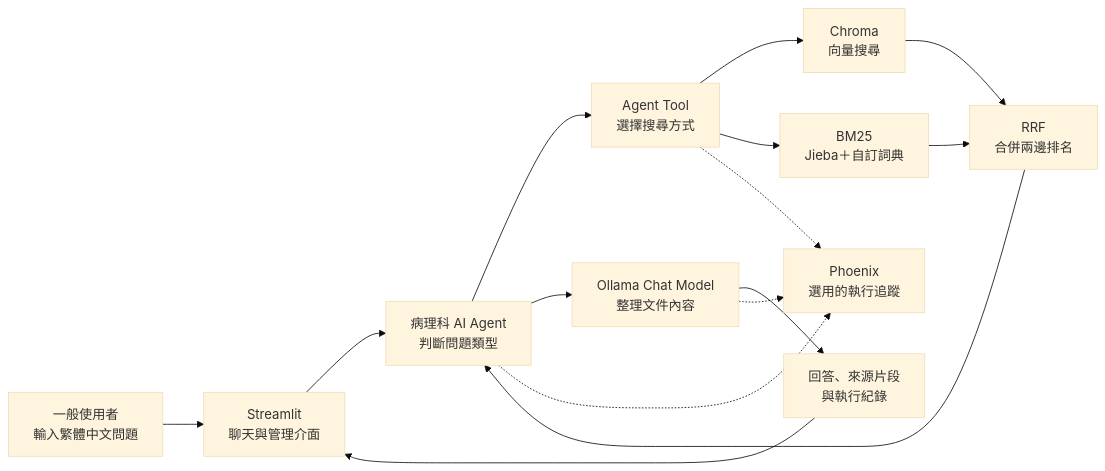
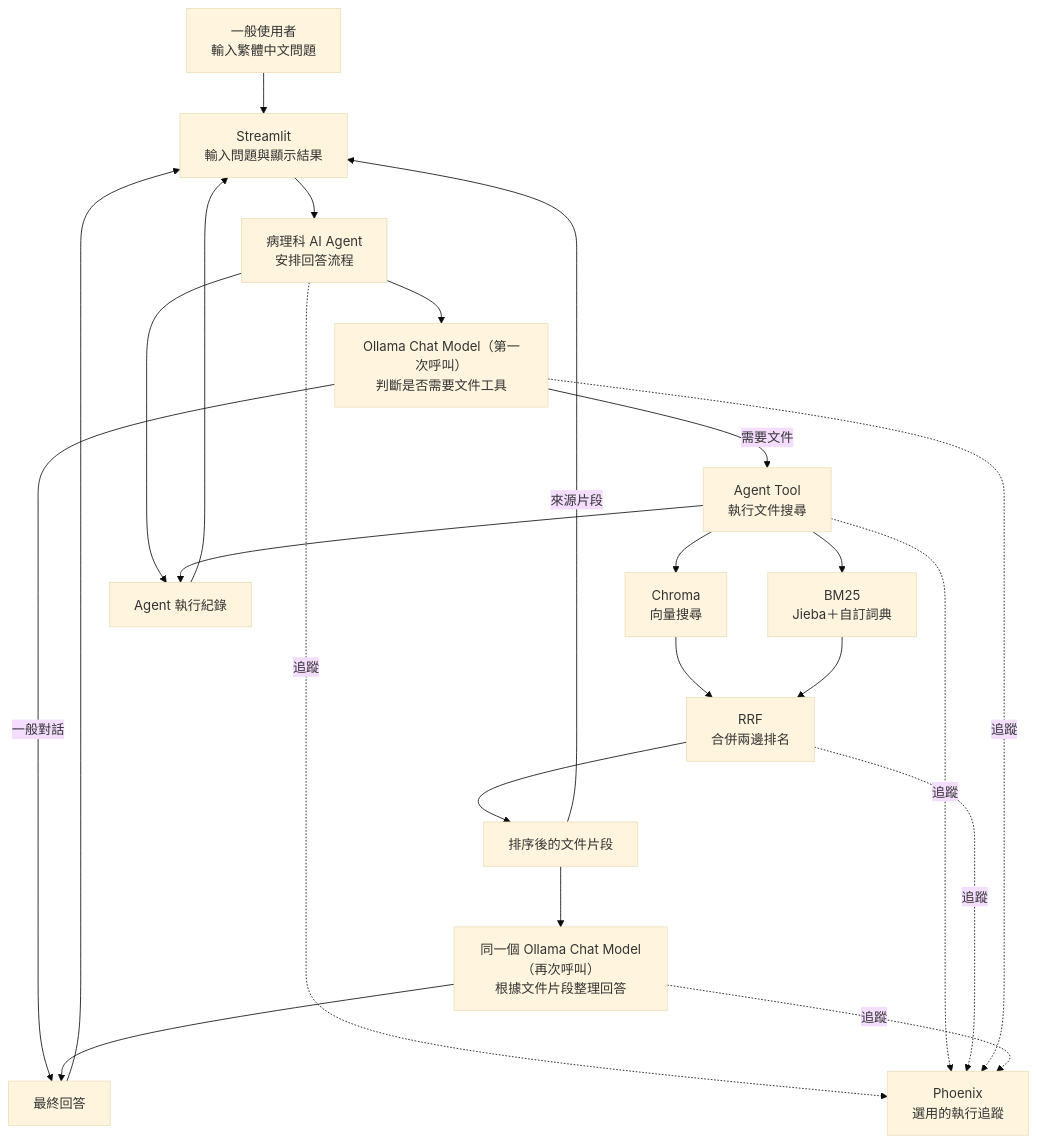
Before and after one commit to Jerry-Lee-0125/RAG_Agent: the diagram in README.md, drawn with Mermaid (base theme).

````diff
--- a/README.md
+++ b/README.md
@@ -52,28 +52,39 @@
 ```mermaid
-flowchart LR
+flowchart TD
     U["一般使用者<br/>輸入繁體中文問題"]
-    UI["Streamlit<br/>聊天與管理介面"]
-    A["病理科 AI Agent<br/>判斷問題類型"]
-    T["Agent Tool<br/>選擇搜尋方式"]
+    UI["Streamlit<br/>輸入問題與顯示結果"]
+    A["病理科 AI Agent<br/>安排回答流程"]
+    M1["Ollama Chat Model（第一次呼叫）<br/>判斷是否需要文件工具"]
+    T["Agent Tool<br/>執行文件搜尋"]
     V["Chroma<br/>向量搜尋"]
     B["BM25<br/>Jieba＋自訂詞典"]
     F["RRF<br/>合併兩邊排名"]
-    L["Ollama Chat Model<br/>整理文件內容"]
-    R["回答、來源片段<br/>與執行紀錄"]
+    D["排序後的文件片段"]
+    M2["同一個 Ollama Chat Model（再次呼叫）<br/>根據文件片段整理回答"]
+    ANS["最終回答"]
+    LOG["Agent 執行紀錄"]
     P["Phoenix<br/>選用的執行追蹤"]
 
     U --> UI
     UI --> A
-    A --> T
+    A --> M1
+    M1 -->|需要文件| T
+    M1 -->|一般對話| ANS
     T --> V
     T --> B
     V --> F
     B --> F
-    F --> A
-    A --> L
-    L --> R
-    R --> UI
-    A -.-> P
-    T -.-> P
-    L -.-> P
+    F --> D
+    D --> M2
+    M2 --> ANS
+    ANS --> UI
+    D -->|來源片段| UI
+    A --> LOG
+    T --> LOG
+    LOG --> UI
+    A -.->|追蹤| P
+    T -.->|追蹤| P
+    F -.->|追蹤| P
+    M1 -.->|追蹤| P
+    M2 -.->|追蹤| P
 ```
````
